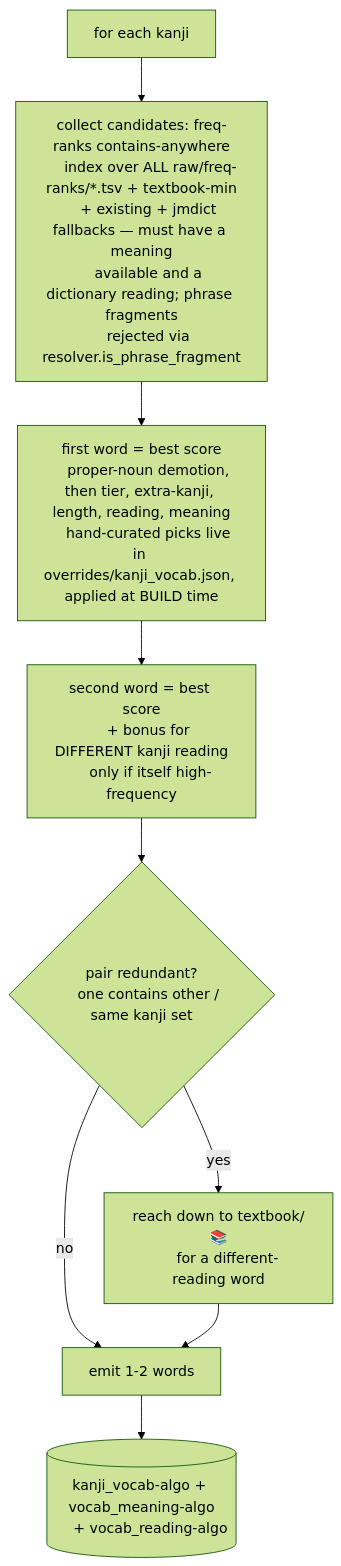
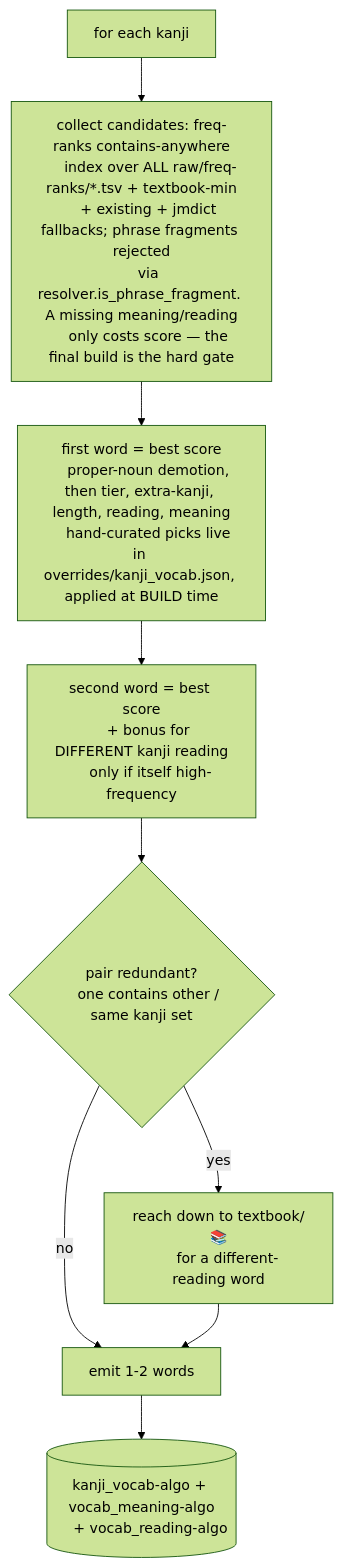
The fifth of 7 diagrams in notes/flowchart.md (PikaPikaGems/kanji-heatmap-data), drawn with Mermaid (forest theme) before and after one commit. The commit also changed other lines of this file and 13 other files, not shown here.

````diff
--- a/notes/flowchart.md
+++ b/notes/flowchart.md
@@ -224,22 +226,22 @@
 ```mermaid
 flowchart TD
     K[for each kanji] --> C[collect candidates: freq-ranks contains-anywhere
     index over ALL raw/freq-ranks/*.tsv + textbook-min
-    + existing + jmdict fallbacks — must have a meaning
-    available and a dictionary reading; phrase fragments
-    rejected via resolver.is_phrase_fragment]
+    + existing + jmdict fallbacks; phrase fragments rejected
+    via resolver.is_phrase_fragment. A missing meaning/reading
+    only costs score — the final build is the hard gate]
     C --> S1[first word = best score
     proper-noun demotion, then tier, extra-kanji, length, reading, meaning
     hand-curated picks live in overrides/kanji_vocab.json, applied at BUILD time]
     S1 --> S2[second word = best score
     + bonus for DIFFERENT kanji reading
     only if itself high-frequency]
     S2 --> RP{pair redundant?
     one contains other / same kanji set}
     RP -- yes --> ALT[reach down to textbook/📚
     for a different-reading word]
     RP -- no --> EMIT
     ALT --> EMIT[emit 1-2 words]
     EMIT --> W[(kanji_vocab-algo + vocab_meaning-algo
     + vocab_reading-algo)]
 ```
````
